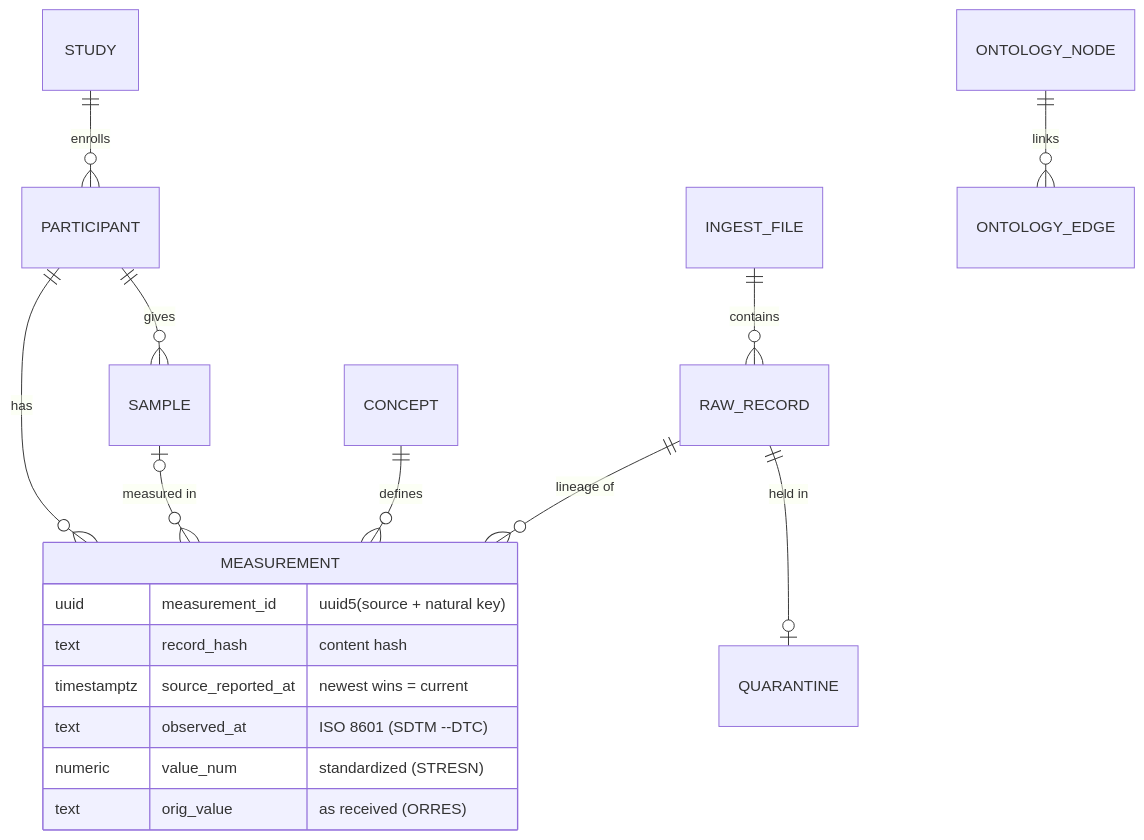
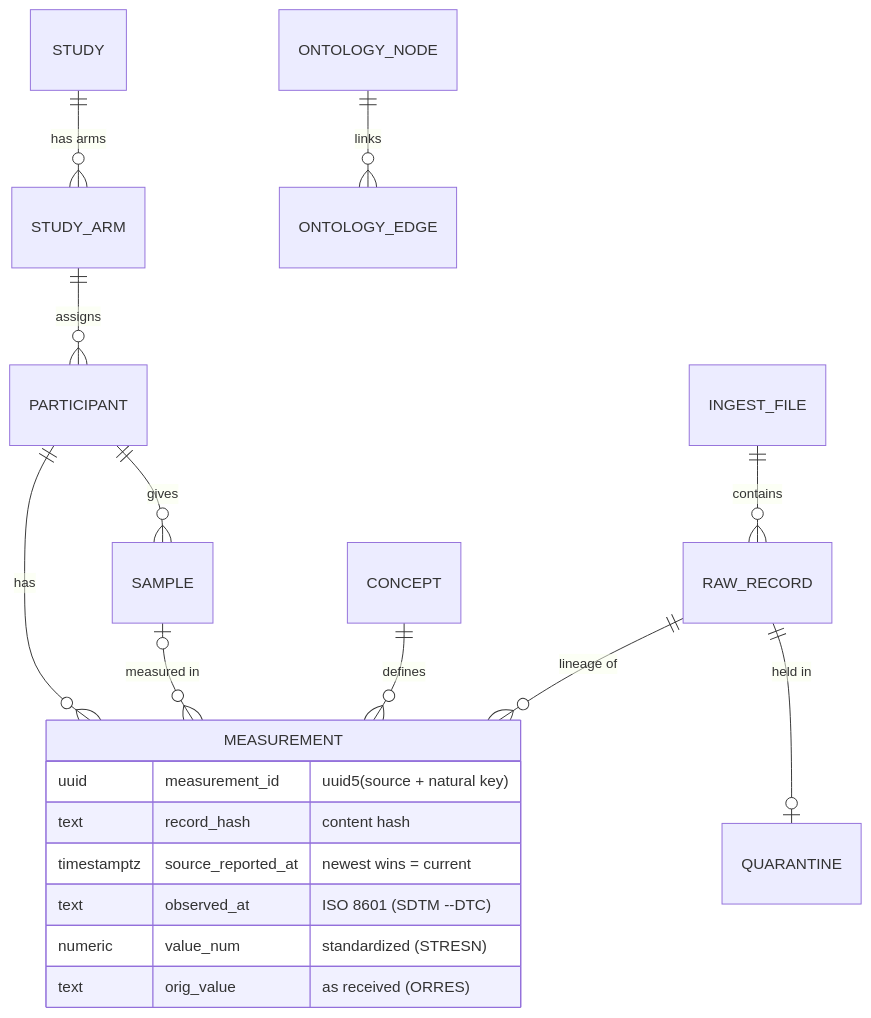
One commit to noverney/multi-omics changed the fifth of 5 diagrams in docs/architecture.md. Above: the diagram before and after it, drawn with Mermaid. The commit also changed other lines of this file and 43 other files, not shown here.

````diff
--- a/docs/architecture.md
+++ b/docs/architecture.md
@@ -131,20 +145,21 @@
 ```mermaid
 erDiagram
-  STUDY ||--o{ PARTICIPANT : enrolls
+  STUDY ||--o{ STUDY_ARM : "has arms"
+  STUDY_ARM ||--o{ PARTICIPANT : assigns
   PARTICIPANT ||--o{ SAMPLE : gives
   PARTICIPANT ||--o{ MEASUREMENT : has
   SAMPLE |o--o{ MEASUREMENT : "measured in"
   CONCEPT ||--o{ MEASUREMENT : defines
   INGEST_FILE ||--o{ RAW_RECORD : contains
   RAW_RECORD ||--o{ MEASUREMENT : "lineage of"
   RAW_RECORD ||--o| QUARANTINE : "held in"
   ONTOLOGY_NODE ||--o{ ONTOLOGY_EDGE : links
   MEASUREMENT {
     uuid measurement_id "uuid5(source + natural key)"
     text record_hash "content hash"
     timestamptz source_reported_at "newest wins = current"
     text observed_at "ISO 8601 (SDTM --DTC)"
     numeric value_num "standardized (STRESN)"
     text orig_value "as received (ORRES)"
   }
 ```
````
